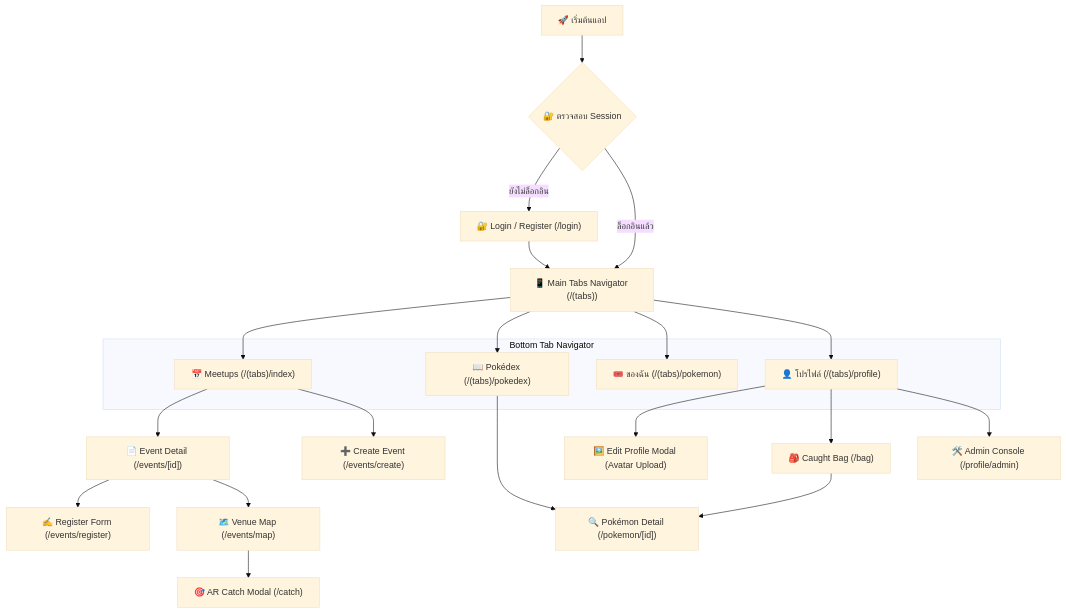
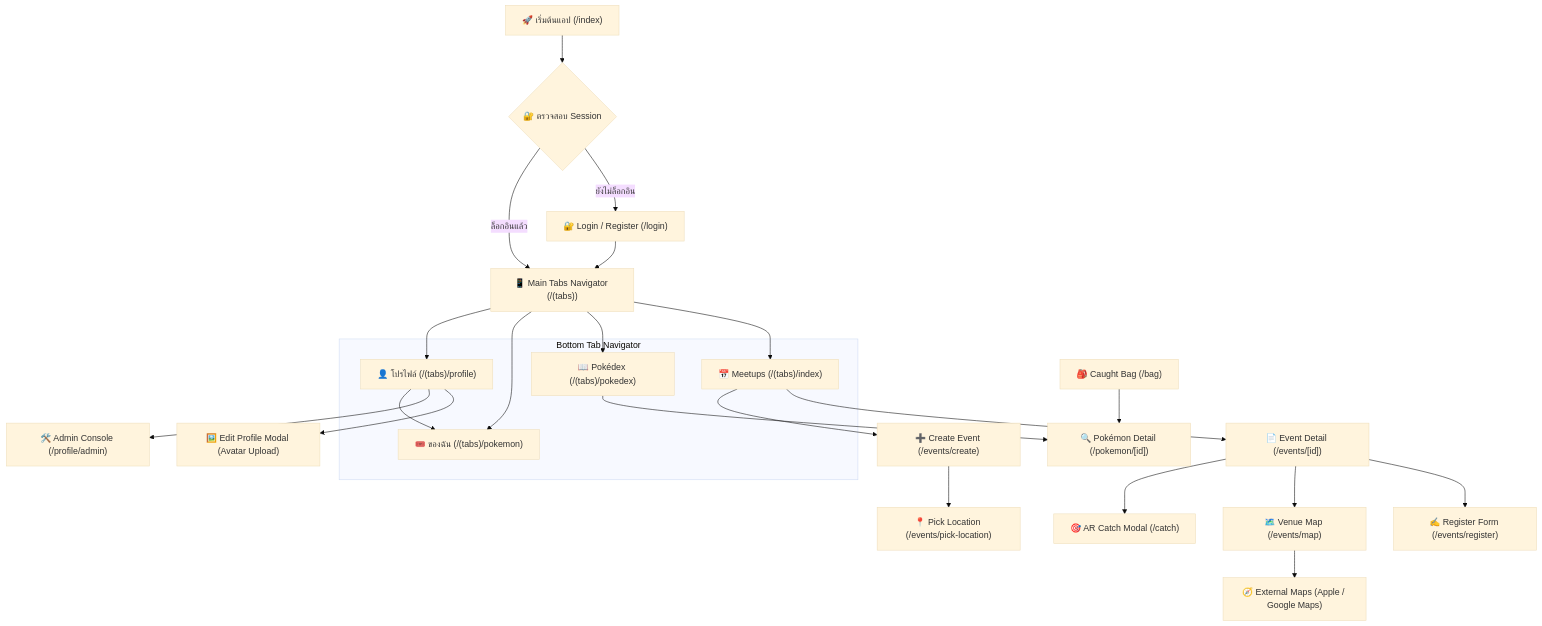
One commit to PATHAPHON/pokemongo changed the diagram in README.md. Above: the diagram before and after it, drawn with Mermaid (base theme). The commit also changed other lines of this file and 47 other files, not shown here.

````diff
--- a/README.md
+++ b/README.md
@@ -186,32 +192,37 @@
 ```mermaid
 flowchart TD
-    AppStart["🚀 เริ่มต้นแอป"] --> Guard{"🔐 ตรวจสอบ Session"}
+    AppStart["🚀 เริ่มต้นแอป (/index)"] --> Guard{"🔐 ตรวจสอบ Session"}
     Guard -- "ยังไม่ล็อกอิน" --> LoginScreen["🔐 Login / Register (/login)"]
     Guard -- "ล็อกอินแล้ว" --> MainTabs["📱 Main Tabs Navigator (/(tabs))"]
     LoginScreen --> MainTabs
 
     subgraph Tabs ["Bottom Tab Navigator"]
         Tab1["📅 Meetups (/(tabs)/index)"]
         Tab2["📖 Pokédex (/(tabs)/pokedex)"]
         Tab3["🎟️ ของฉัน (/(tabs)/pokemon)"]
         Tab4["👤 โปรไฟล์ (/(tabs)/profile)"]
     end
 
     MainTabs --> Tab1
     MainTabs --> Tab2
     MainTabs --> Tab3
     MainTabs --> Tab4
 
     Tab1 --> EventDetail["📄 Event Detail (/events/[id])"]
     Tab1 --> EventCreate["➕ Create Event (/events/create)"]
+    EventCreate --> PickLocation["📍 Pick Location (/events/pick-location)"]
+
     EventDetail --> EventRegister["✍️ Register Form (/events/register)"]
     EventDetail --> VenueMap["🗺️ Venue Map (/events/map)"]
-    VenueMap --> CatchScreen["🎯 AR Catch Modal (/catch)"]
+    EventDetail --> CatchScreen["🎯 AR Catch Modal (/catch)"]
+
+    VenueMap --> ExtMaps["🧭 External Maps (Apple / Google Maps)"]
 
     Tab2 --> PokeDetail["🔍 Pokémon Detail (/pokemon/[id])"]
 
     Tab4 --> EditModal["🖼️ Edit Profile Modal (Avatar Upload)"]
-    Tab4 --> BagScreen["🎒 Caught Bag (/bag)"]
     Tab4 --> AdminConsole["🛠️ Admin Console (/profile/admin)"]
-    BagScreen --> PokeDetail
+    Tab4 --> Tab3
+
+    BagScreen["🎒 Caught Bag (/bag)"] --> PokeDetail
 ```
````
